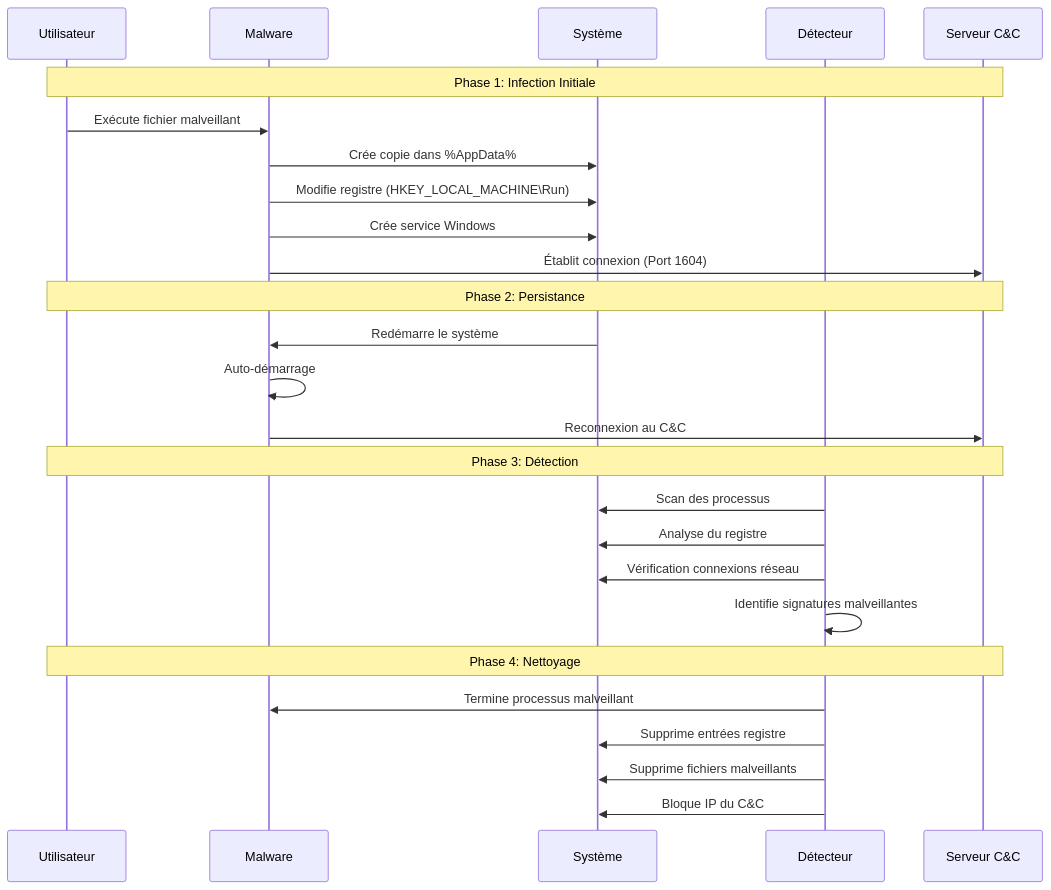
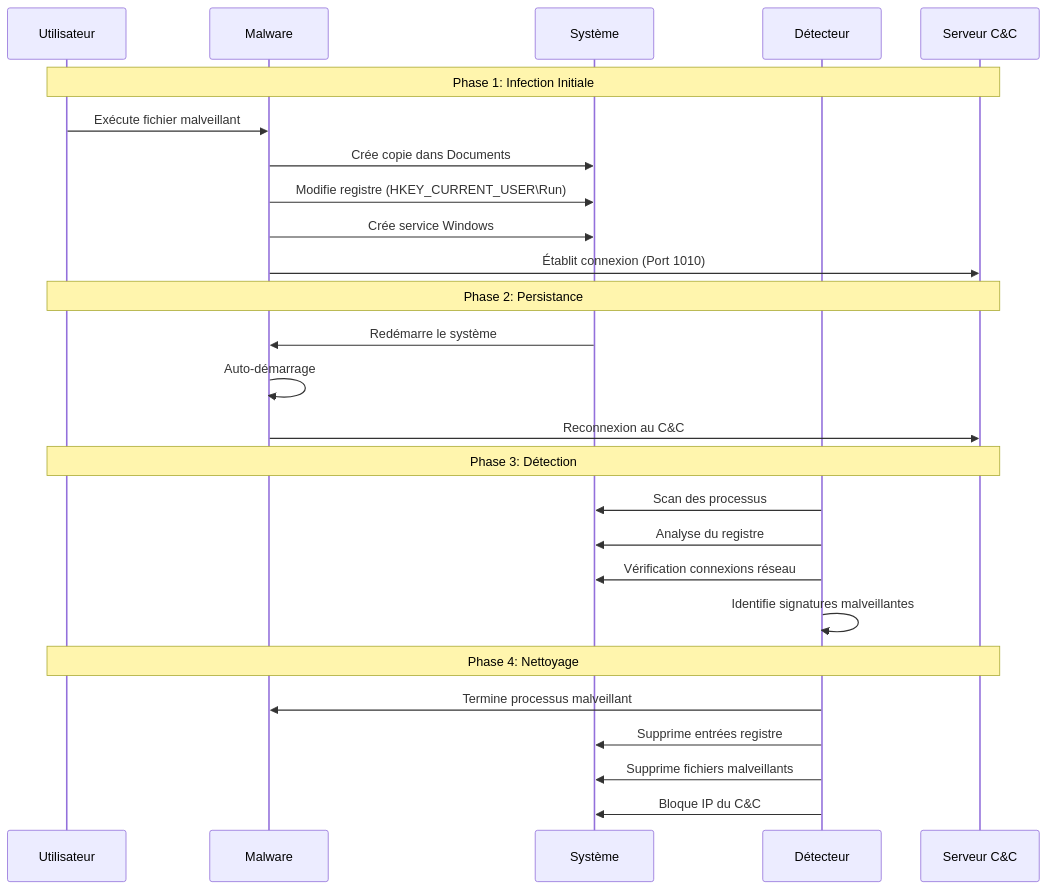
The diagram in malware-lifecycle.md (dgthegeek/mal-track), drawn with Mermaid before and after one commit. The commit also changed 5 other files, not shown here.

````diff
--- a/malware-lifecycle.md
+++ b/malware-lifecycle.md
@@ -1,32 +1,32 @@
 ```mermaid
 sequenceDiagram
     participant U as Utilisateur
     participant M as Malware
     participant S as Système
     participant D as Détecteur
     participant C as Serveur C&C
 
     Note over U,C: Phase 1: Infection Initiale
     U->>M: Exécute fichier malveillant
-    M->>S: Crée copie dans %AppData%
-    M->>S: Modifie registre (HKEY_LOCAL_MACHINE\Run)
+    M->>S: Crée copie dans Documents
+    M->>S: Modifie registre (HKEY_CURRENT_USER\Run)
     M->>S: Crée service Windows
-    M->>C: Établit connexion (Port 1604)
+    M->>C: Établit connexion (Port 1010)
 
     Note over U,C: Phase 2: Persistance
     S->>M: Redémarre le système
     M->>M: Auto-démarrage
     M->>C: Reconnexion au C&C
 
     Note over U,C: Phase 3: Détection
     D->>S: Scan des processus
     D->>S: Analyse du registre
     D->>S: Vérification connexions réseau
     D->>D: Identifie signatures malveillantes
 
     Note over U,C: Phase 4: Nettoyage
     D->>M: Termine processus malveillant
     D->>S: Supprime entrées registre
     D->>S: Supprime fichiers malveillants
     D->>S: Bloque IP du C&C
 ```
````
